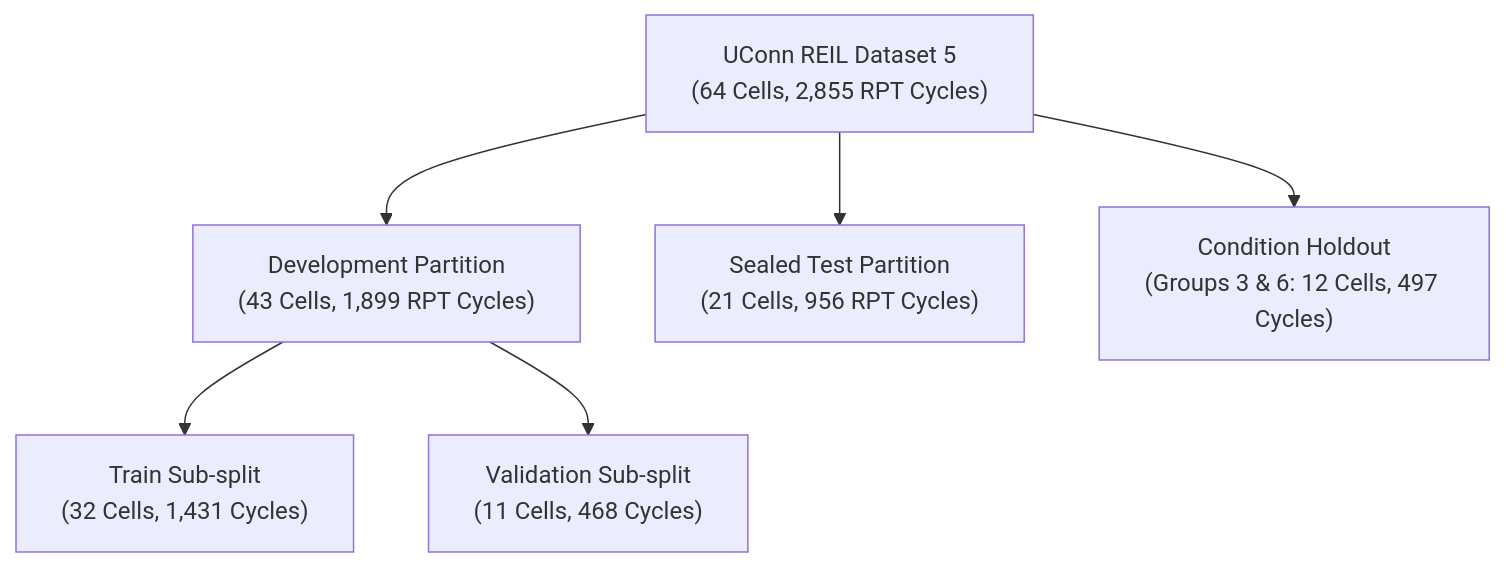
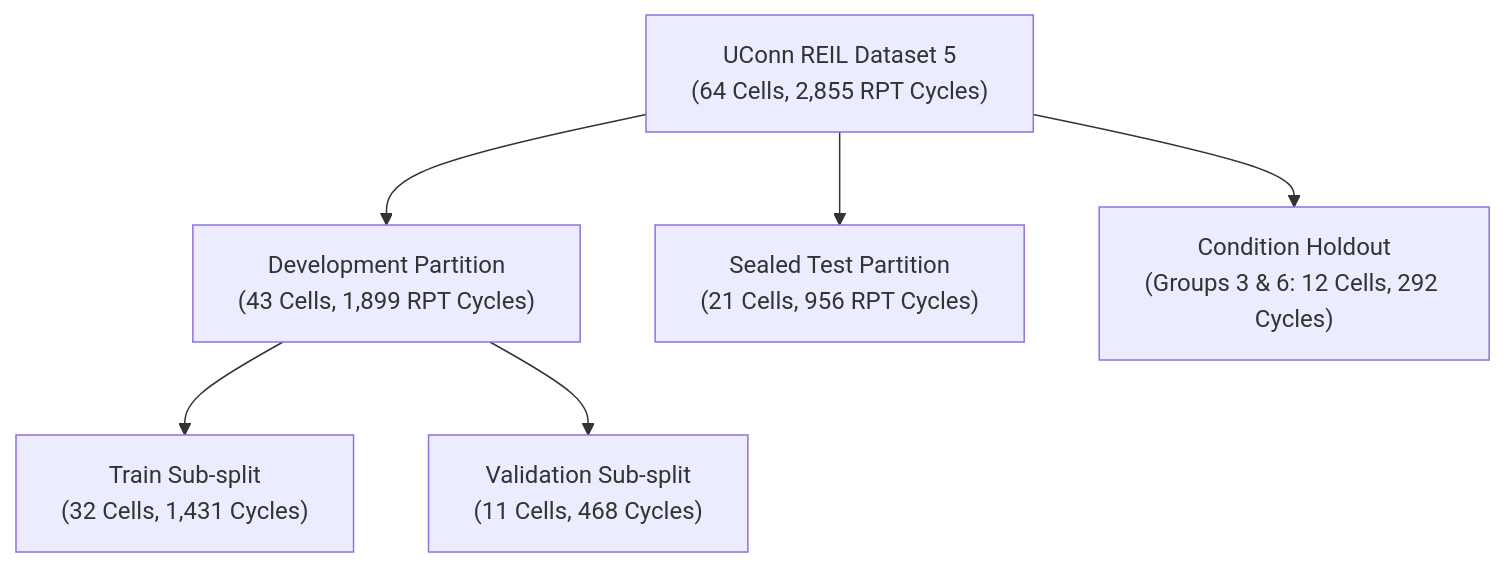
Before and after one commit to Nopenope69/soc-lab: the diagram in reports/validation/uconn_report.md, drawn with Mermaid. The commit also changed other lines of this file and 3 other files, not shown here.

Commit message:
validation: V2.13.2 reconcile condition holdout counts across reports and scripts

````diff
--- a/reports/validation/uconn_report.md
+++ b/reports/validation/uconn_report.md
@@ -123,8 +124,8 @@
 ```mermaid
 flowchart TD
     Dataset["UConn REIL Dataset 5<br>(64 Cells, 2,855 RPT Cycles)"] --> Dev["Development Partition<br>(43 Cells, 1,899 RPT Cycles)"]
     Dataset --> Sealed["Sealed Test Partition<br>(21 Cells, 956 RPT Cycles)"]
     Dev --> Train["Train Sub-split<br>(32 Cells, 1,431 Cycles)"]
     Dev --> Val["Validation Sub-split<br>(11 Cells, 468 Cycles)"]
-    Dataset --> CondHoldout["Condition Holdout<br>(Groups 3 & 6: 12 Cells, 497 Cycles)"]
+    Dataset --> CondHoldout["Condition Holdout<br>(Groups 3 & 6: 12 Cells, 292 Cycles)"]
 ```
````
